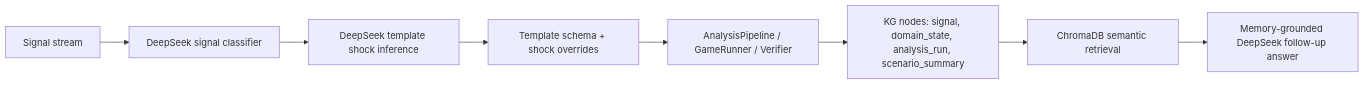
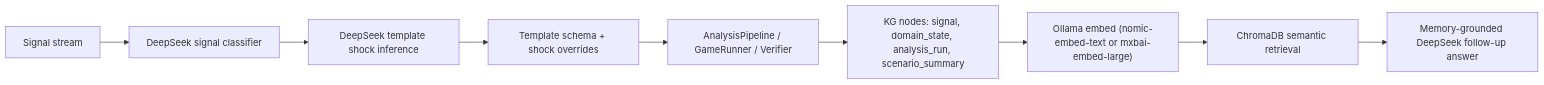
One commit to Theclimateguy/Freeman changed the diagram in docs/REAL_LLM_E2E.md. Above: the diagram before and after it, drawn with Mermaid. The commit also changed other lines of this file and 9 other files, not shown here.

````diff
--- a/docs/REAL_LLM_E2E.md
+++ b/docs/REAL_LLM_E2E.md
@@ -29,10 +29,11 @@
 ```mermaid
 flowchart LR
     A["Signal stream"] --> B["DeepSeek signal classifier"]
     B --> C["DeepSeek template shock inference"]
     C --> D["Template schema + shock overrides"]
     D --> E["AnalysisPipeline / GameRunner / Verifier"]
     E --> F["KG nodes: signal, domain_state, analysis_run, scenario_summary"]
-    F --> G["ChromaDB semantic retrieval"]
-    G --> H["Memory-grounded DeepSeek follow-up answer"]
+    F --> G["Ollama embed (nomic-embed-text or mxbai-embed-large)"]
+    G --> H["ChromaDB semantic retrieval"]
+    H --> I["Memory-grounded DeepSeek follow-up answer"]
 ```
````
